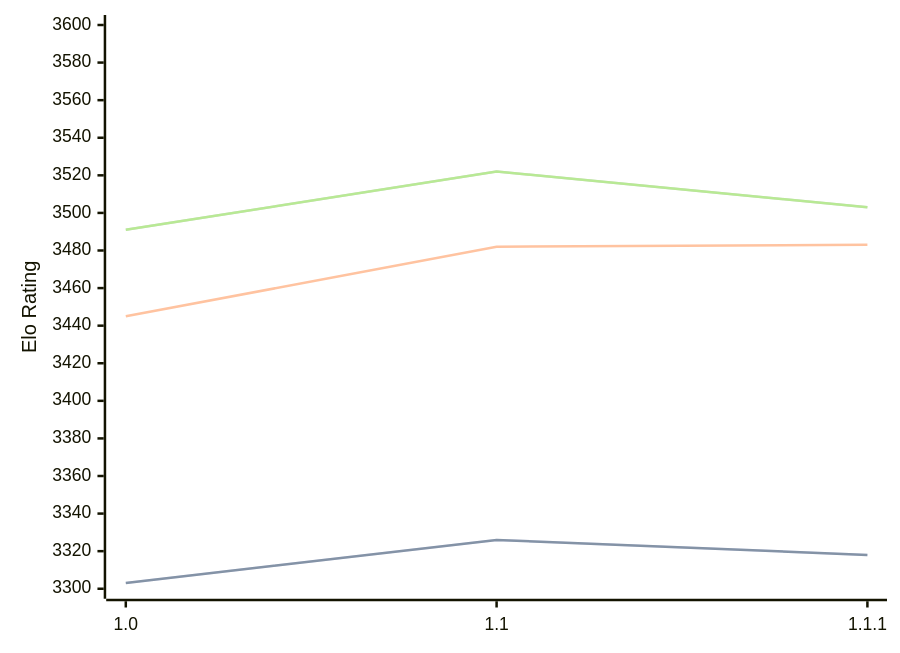
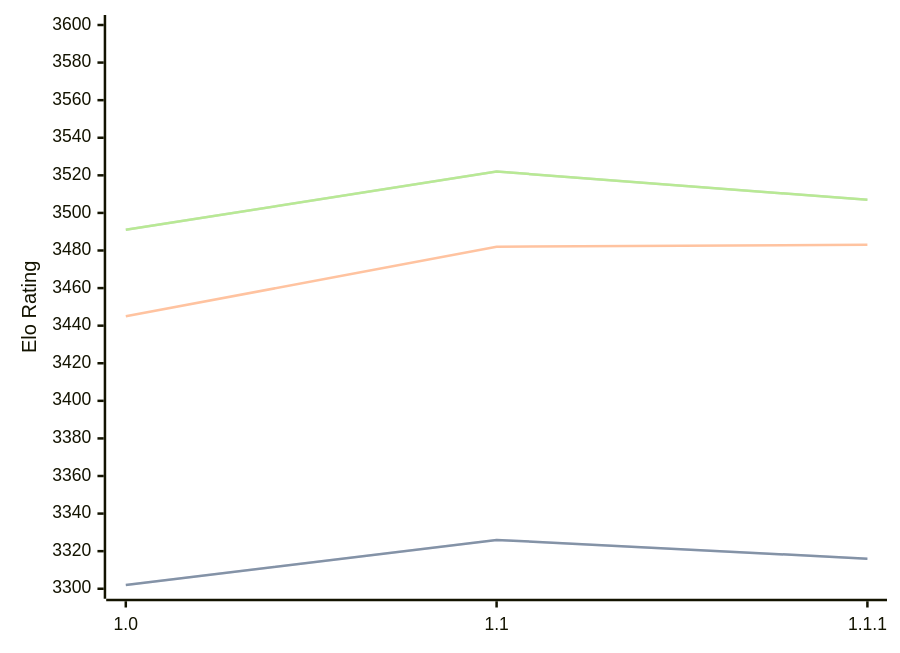
Before and after one commit to computer-chess-index/cci: the diagram in engines/Icarus.md, drawn with Mermaid. The commit also changed other lines of this file, not shown here.

Commit message:
Update CCI Ratings (ELO VLTC) - 2026-07-28

````diff
--- a/engines/Icarus.md
+++ b/engines/Icarus.md
@@ -33,11 +33,11 @@
 ```mermaid
 %%{init: {"theme":"base","themeVariables":{"seriesColors:['#a3a3a3','#222221','#faa371']}}}%%
 xychart-beta
   x-axis ["1.0", "1.1", "1.1.1"]
   y-axis "Elo Rating" 3300 --> 3600
-  line "STC (8.0+0.08s)" [3303, 3326, 3318]
-  line "STC (8.0+0.08s)" [3303, 3326, 3318]
+  line "STC (8.0+0.08s)" [3302, 3326, 3316]
+  line "STC (8.0+0.08s)" [3302, 3326, 3316]
   line "LTC (60.0+0.60s)" [3445, 3482, 3483]
-  line "VLTC (2m24s+1.12s)" [3491, 3522, 3503]
-  line "VLTC (2m24s+1.12s)" [3491, 3522, 3503]
+  line "VLTC (2m24s+1.12s)" [3491, 3522, 3507]
+  line "VLTC (2m24s+1.12s)" [3491, 3522, 3507]
 ```
````
